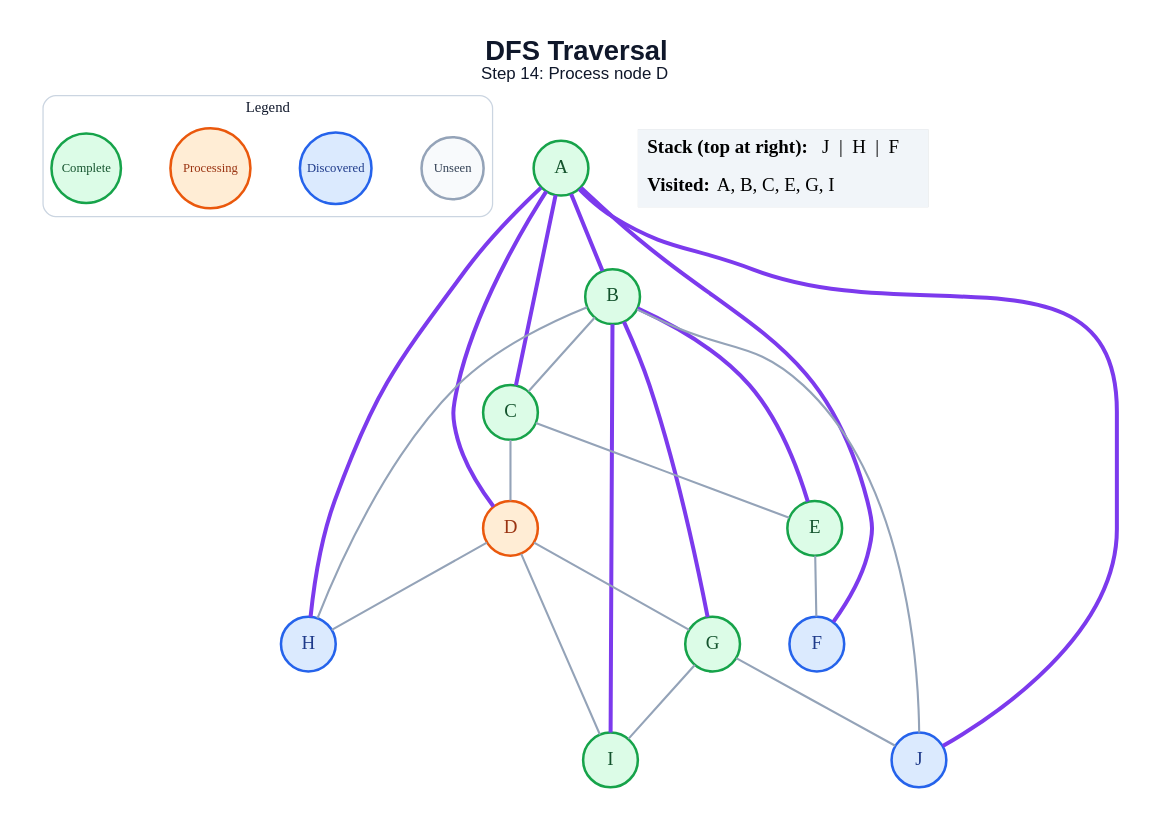
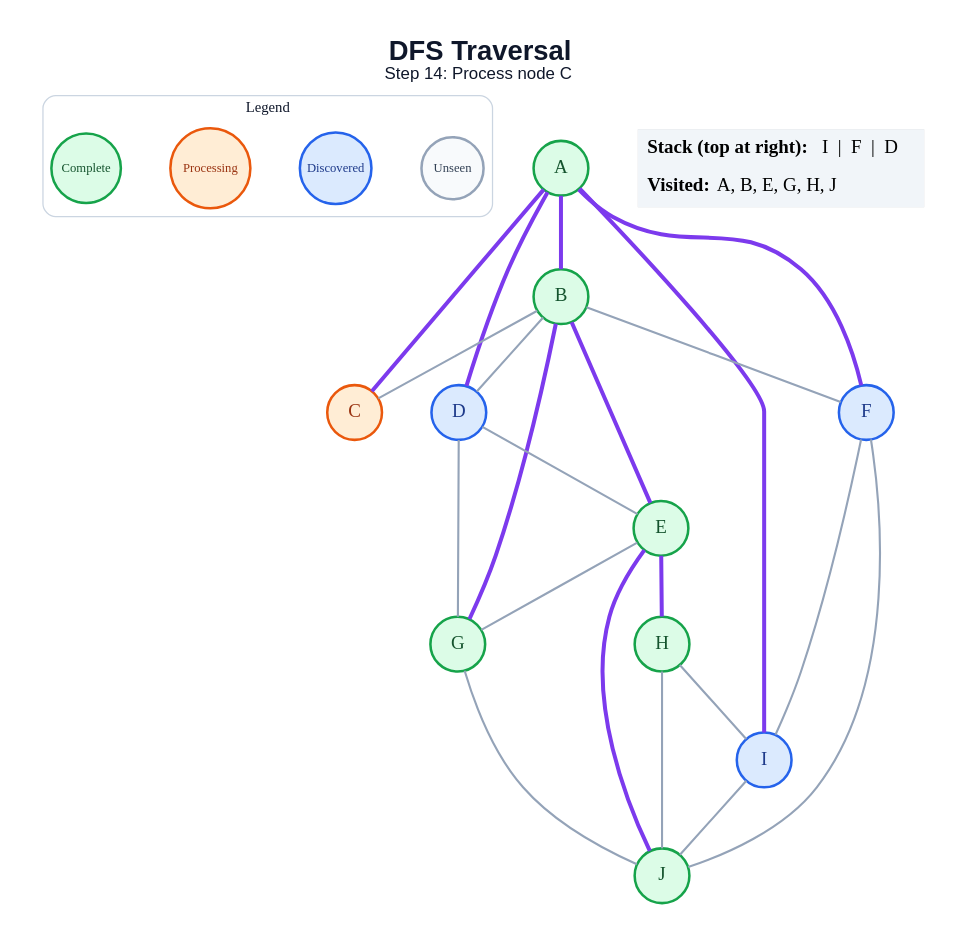
The diagram in generated/dfs/step_14.dot (amanghodawala9/ai-slop), drawn with Graphviz before and after one commit. The commit also changed 178 other files, not shown here.

```diff
--- a/generated/dfs/step_14.dot
+++ b/generated/dfs/step_14.dot
@@ -1,49 +1,50 @@
 graph traversal {
   graph [layout=dot, rankdir=TB, bgcolor="#FFFFFF", pad="0.35", nodesep="0.65", ranksep="0.8", fontname="Arial"];
   node [shape=circle, style="filled", fontname="Arial Bold", fontsize=18, width=0.72, fixedsize=true, penwidth=2.4];
   edge [color="#94A3B8", penwidth=2.0];
-  label=<<B>DFS Traversal</B><BR/><FONT POINT-SIZE="16">Step 14: Process node D</FONT>>; labelloc="t"; fontsize=26; fontname="Arial"; fontcolor="#0F172A";
+  label=<<B>DFS Traversal</B><BR/><FONT POINT-SIZE="16">Step 14: Process node C</FONT>>; labelloc="t"; fontsize=26; fontname="Arial"; fontcolor="#0F172A";
   subgraph cluster_legend { label="Legend"; color="#CBD5E1"; penwidth=1.2; style="rounded"; fontsize=14; fontname="Arial Bold";
     key_unseen [label="Unseen", fillcolor="#F8FAFC", color="#94A3B8", fontcolor="#334155", fontsize=12, width=0.82];
     key_frontier [label="Discovered", fillcolor="#DBEAFE", color="#2563EB", fontcolor="#1E3A8A", fontsize=12, width=0.95];
     key_current [label="Processing", fillcolor="#FFEDD5", color="#EA580C", fontcolor="#9A3412", fontsize=12, width=1.05];
     key_done [label="Complete", fillcolor="#DCFCE7", color="#16A34A", fontcolor="#14532D", fontsize=12, width=0.92];
     { rank=same; key_unseen; key_frontier; key_current; key_done; }
   }
   A [fillcolor="#DCFCE7", color="#16A34A", fontcolor="#14532D"];
   B [fillcolor="#DCFCE7", color="#16A34A", fontcolor="#14532D"];
-  C [fillcolor="#DCFCE7", color="#16A34A", fontcolor="#14532D"];
-  D [fillcolor="#FFEDD5", color="#EA580C", fontcolor="#9A3412"];
+  C [fillcolor="#FFEDD5", color="#EA580C", fontcolor="#9A3412"];
+  D [fillcolor="#DBEAFE", color="#2563EB", fontcolor="#1E3A8A"];
   E [fillcolor="#DCFCE7", color="#16A34A", fontcolor="#14532D"];
   F [fillcolor="#DBEAFE", color="#2563EB", fontcolor="#1E3A8A"];
   G [fillcolor="#DCFCE7", color="#16A34A", fontcolor="#14532D"];
-  H [fillcolor="#DBEAFE", color="#2563EB", fontcolor="#1E3A8A"];
-  I [fillcolor="#DCFCE7", color="#16A34A", fontcolor="#14532D"];
-  J [fillcolor="#DBEAFE", color="#2563EB", fontcolor="#1E3A8A"];
+  H [fillcolor="#DCFCE7", color="#16A34A", fontcolor="#14532D"];
+  I [fillcolor="#DBEAFE", color="#2563EB", fontcolor="#1E3A8A"];
+  J [fillcolor="#DCFCE7", color="#16A34A", fontcolor="#14532D"];
   A -- B [color="#7C3AED", penwidth=3.8];
   A -- C [color="#7C3AED", penwidth=3.8];
   A -- D [color="#7C3AED", penwidth=3.8];
   A -- F [color="#7C3AED", penwidth=3.8];
-  A -- H [color="#7C3AED", penwidth=3.8];
-  A -- J [color="#7C3AED", penwidth=3.8];
+  A -- I [color="#7C3AED", penwidth=3.8];
   B -- C;
+  B -- D;
   B -- E [color="#7C3AED", penwidth=3.8];
+  B -- F;
   B -- G [color="#7C3AED", penwidth=3.8];
-  B -- H;
-  B -- I [color="#7C3AED", penwidth=3.8];
-  B -- J;
-  C -- D;
-  C -- E;
+  D -- E;
   D -- G;
-  D -- H;
-  D -- I;
-  E -- F;
-  G -- I;
+  E -- G;
+  E -- H [color="#7C3AED", penwidth=3.8];
+  E -- J [color="#7C3AED", penwidth=3.8];
+  F -- I;
+  F -- J;
   G -- J;
+  H -- I;
+  H -- J;
+  I -- J;
   status [shape=plain, fixedsize=false, width=0, height=0, margin=0, label=<
     <TABLE BORDER="0" CELLBORDER="0" CELLPADDING="7" BGCOLOR="#F1F5F9">
-      <TR><TD ALIGN="LEFT"><B>Stack (top at right):</B> J  |  H  |  F</TD></TR>
-      <TR><TD ALIGN="LEFT"><B>Visited:</B> A, B, C, E, G, I</TD></TR>
+      <TR><TD ALIGN="LEFT"><B>Stack (top at right):</B> I  |  F  |  D</TD></TR>
+      <TR><TD ALIGN="LEFT"><B>Visited:</B> A, B, E, G, H, J</TD></TR>
     </TABLE>
   >];
 }
```
